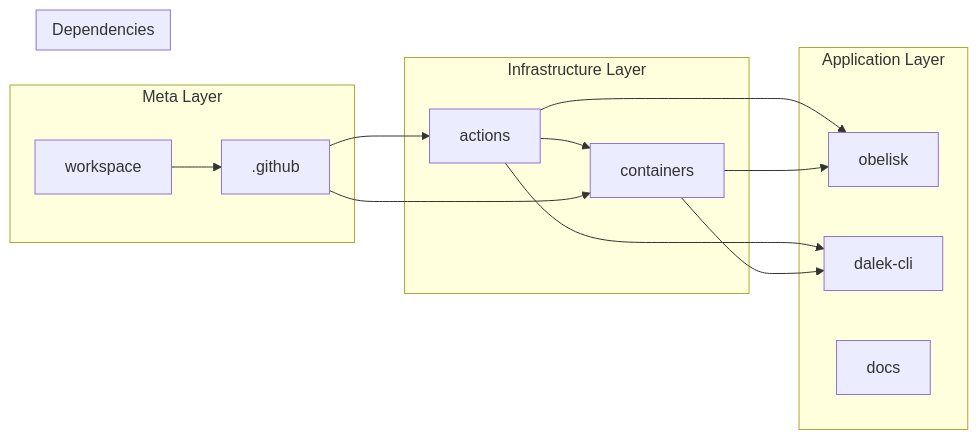
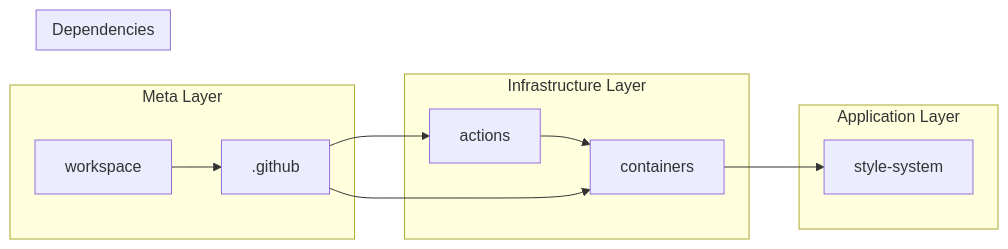
Before and after one commit to braincraftio/workspace: the second of 2 diagrams in WORKSPACE.md, drawn with Mermaid. The commit also changed other lines of this file and 4 other files, not shown here.

````diff
--- a/WORKSPACE.md
+++ b/WORKSPACE.md
@@ -1051,28 +1037,23 @@
 ```mermaid
 graph LR
     subgraph "Meta Layer"
         W[workspace]
         W --> O[.github]
     end
     
     subgraph "Infrastructure Layer"
         A[actions]
         C[containers]
         A --> C
     end
     
     subgraph "Application Layer"
-        OB[obelisk]
-        D[dalek-cli]
-        DO[docs]
+        SS[style-system]
     end
     
     subgraph "Dependencies"
         O --> A
         O --> C
-        A --> OB
-        A --> D
-        C --> OB
-        C --> D
+        C --> SS
     end
 ```
````
